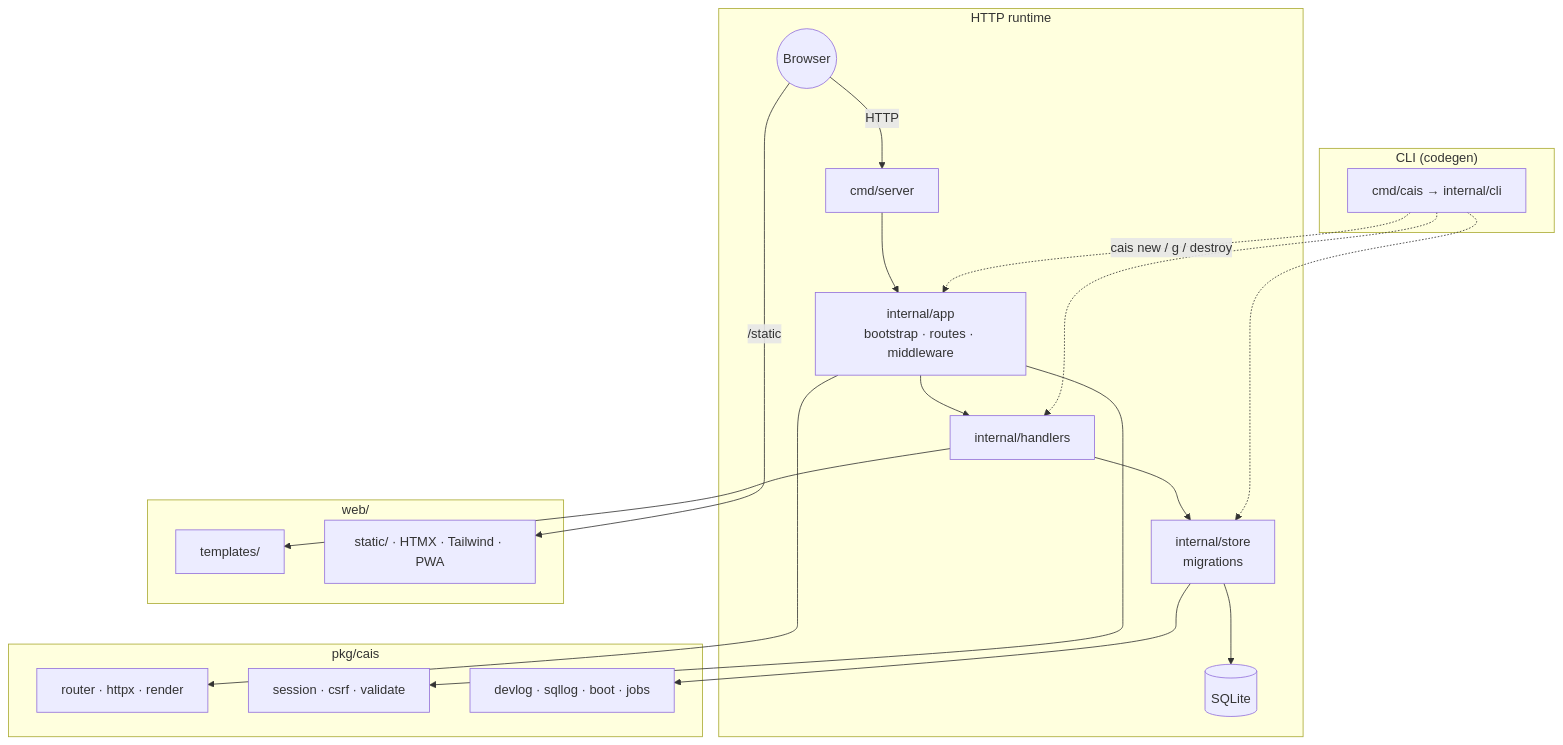
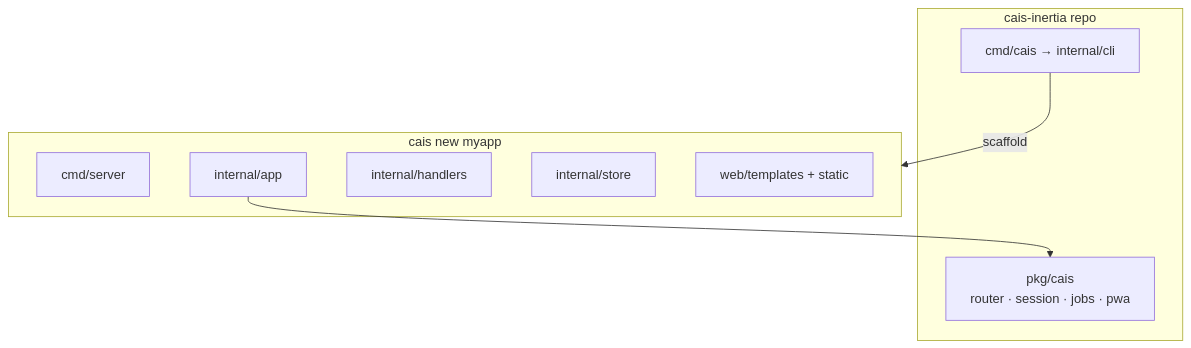
Before and after one commit to puppe1990/cais-inertia: the diagram in README.md, drawn with Mermaid. The commit also changed other lines of this file and 94 other files, not shown here.

First line of the commit message:
Slim repo to framework and CLI only

````diff
--- a/README.md
+++ b/README.md
@@ -110,41 +84,18 @@
 ```mermaid
 flowchart TB
-  subgraph cli["CLI (codegen)"]
+  subgraph repo["cais-inertia repo"]
     CaisCLI["cmd/cais → internal/cli"]
+    Framework["pkg/cais<br/>router · session · jobs · pwa"]
   end
 
-  subgraph runtime["HTTP runtime"]
-    Browser(("Browser"))
+  subgraph generated["cais new myapp"]
     Server["cmd/server"]
-    App["internal/app<br/>bootstrap · routes · middleware"]
+    App["internal/app"]
     Handlers["internal/handlers"]
-    Store["internal/store<br/>migrations"]
-    DB[(SQLite)]
+    Store["internal/store"]
+    Web["web/templates + static"]
   end
 
-  subgraph framework["pkg/cais"]
-    Router["router · httpx · render"]
-    Security["session · csrf · validate"]
-    DX["devlog · sqllog · boot · jobs"]
-  end
-
-  subgraph web["web/"]
-    Templates["templates/"]
-    Static["static/ · HTMX · Tailwind · PWA"]
-  end
-
-  CaisCLI -.->|cais new / g / destroy| App
-  CaisCLI -.-> Handlers
-  CaisCLI -.-> Store
-
-  Browser -->|HTTP| Server
-  Server --> App
-  App --> Router
-  App --> Security
-  App --> Handlers
-  Handlers --> Templates
-  Handlers --> Store
-  Store --> DX
-  Store --> DB
-  Browser -->|/static| Static
+  CaisCLI -->|scaffold| generated
+  App --> Framework
 ```
````
